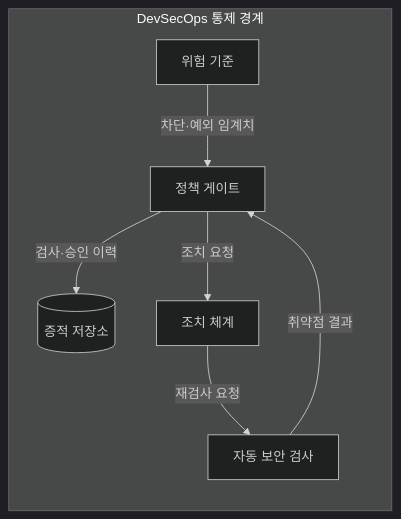
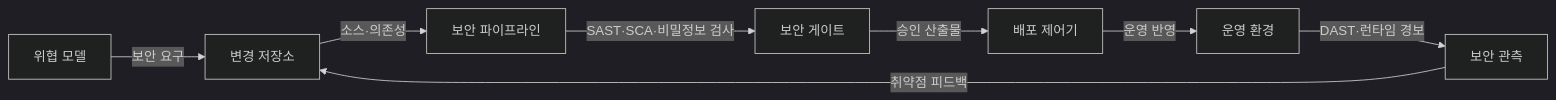
One commit to agnusdei1207/knowledge-base changed the first of 2 diagrams in src/content/docs/notes/03-software/057_devsecops.md. Above: the diagram before and after it, drawn with Mermaid (dark theme). The commit also changed other lines of this file and 7 other files, not shown here.

````diff
--- a/src/content/docs/notes/03-software/057_devsecops.md
+++ b/src/content/docs/notes/03-software/057_devsecops.md
@@ -60,15 +55,10 @@
 ```mermaid
 flowchart LR
-    subgraph S[DevSecOps 통제 경계]
-        R[위험 기준]
-        T[자동 보안 검사]
-        G[정책 게이트]
-        E[(증적 저장소)]
-        A[조치 체계]
-        R -->|차단·예외 임계치| G
-        T -->|취약점 결과| G
-        G -->|검사·승인 이력| E
-        G -->|조치 요청| A
-        A -->|재검사 요청| T
-    end
+    T[위협 모델] -->|보안 요구| R[변경 저장소]
+    R -->|소스·의존성| P[보안 파이프라인]
+    P -->|SAST·SCA·비밀정보 검사| G[보안 게이트]
+    G -->|승인 산출물| D[배포 제어기]
+    D -->|운영 반영| E[운영 환경]
+    E -->|DAST·런타임 경보| M[보안 관측]
+    M -->|취약점 피드백| R
 ```
````
